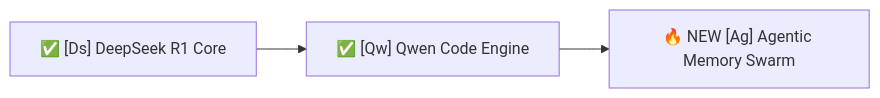
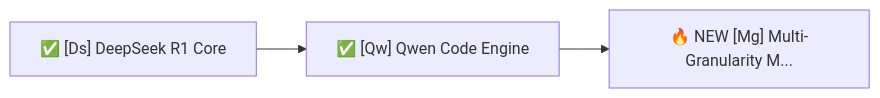
One commit to NutCodeLaw/cyber-paparazzi changed the third of 3 diagrams in README.md. Above: the diagram before and after it, drawn with Mermaid. The commit also changed other lines of this file and 9 other files, not shown here.

````diff
--- a/README.md
+++ b/README.md
@@ -85,7 +85,7 @@
 ```mermaid
 flowchart LR
     E0["✅ [Ds] DeepSeek R1 Core"]
     E1["✅ [Qw] Qwen Code Engine"]
-    E2["🔥 NEW [Ag] Agentic Memory Swarm"]
+    E2["🔥 NEW [Mg] Multi-Granularity M..."]
     E0 --> E1 --> E2
 ```
````
